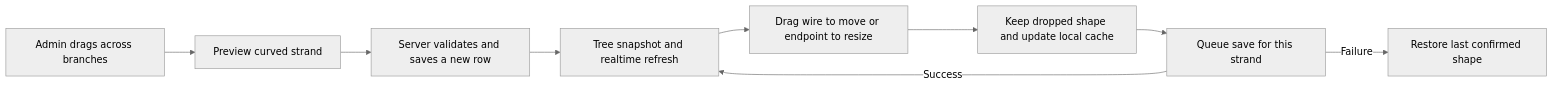
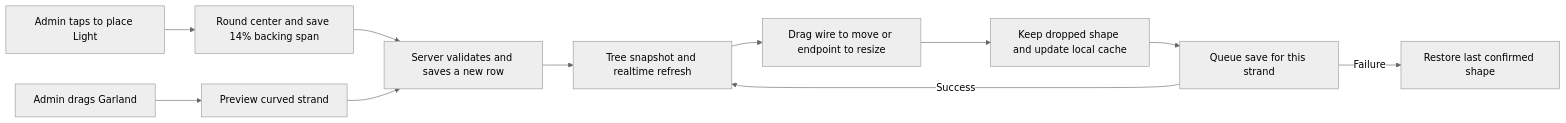
The second of 3 diagrams in docs/features/christmas-tree/optimization.md (may24fc/sn-connect-app), drawn with Mermaid (neutral theme) before and after one commit. The commit also changed other lines of this file and 7 other files, not shown here.

````diff
--- a/docs/features/christmas-tree/optimization.md
+++ b/docs/features/christmas-tree/optimization.md
@@ -157,11 +167,13 @@
 ```mermaid
 flowchart LR
-    A[Admin drags across branches] --> B[Preview curved strand]
-    B --> C[Server validates and saves a new row]
+    A[Admin drags Garland] --> B[Preview curved strand]
+    A2[Admin taps to place Light] --> B2[Round center and save 14% backing span]
+    B2 --> C[Server validates and saves a new row]
+    B --> C
     C --> D[Tree snapshot and realtime refresh]
     D --> E[Drag wire to move or endpoint to resize]
     E --> F[Keep dropped shape and update local cache]
     F --> G[Queue save for this strand]
     G -->|Success| D
     G -->|Failure| H[Restore last confirmed shape]
 ```
````
